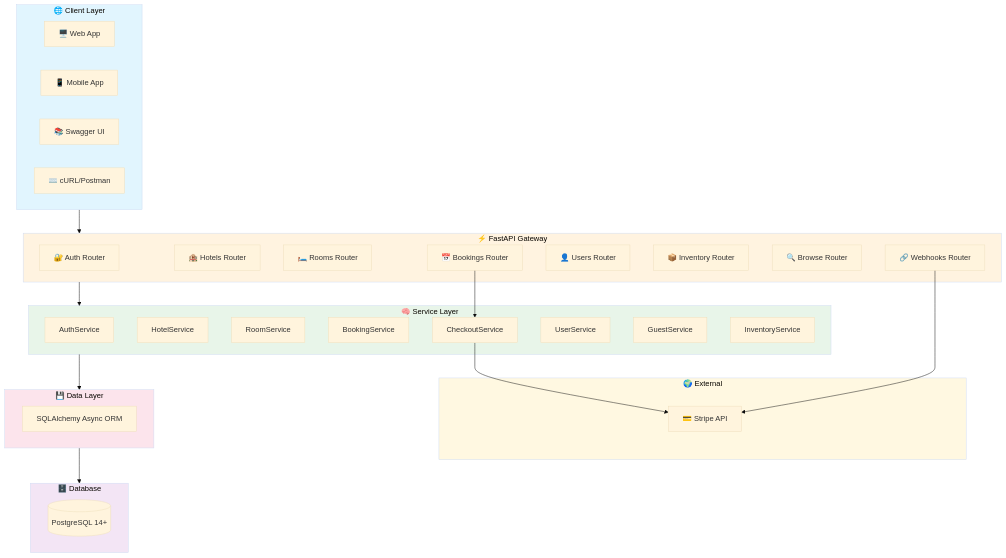
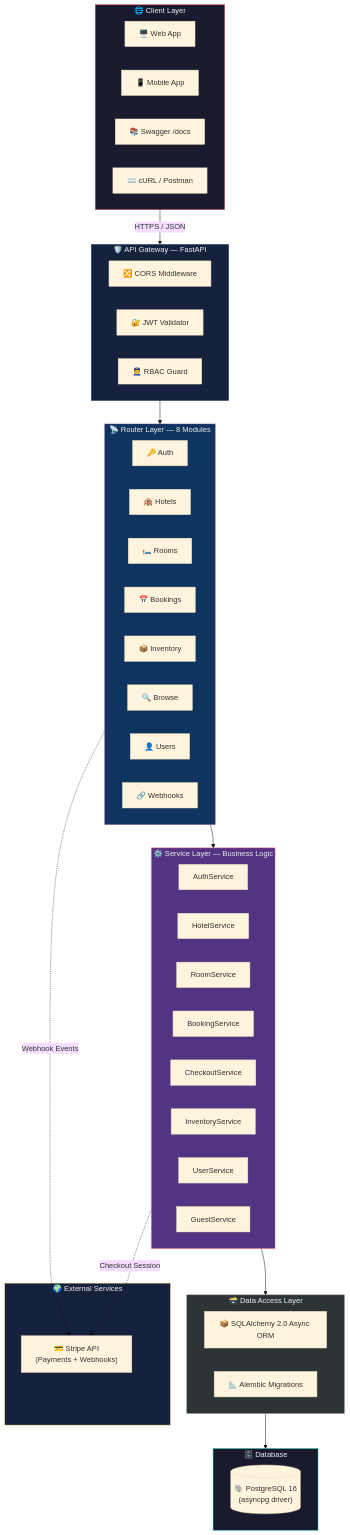
The first of 11 diagrams in docs/HLD.md (pankajshakya627/Airbnb), drawn with Mermaid (base theme) before and after one commit. The commit also changed other lines of this file, not shown here.

````diff
--- a/docs/HLD.md
+++ b/docs/HLD.md
@@ -95,57 +106,70 @@
 ```mermaid
 flowchart TB
-    subgraph CLIENTS["🌐 Client Layer"]
-        WEB["🖥️ Web App"]
-        MOBILE["📱 Mobile App"]
-        SWAGGER["📚 Swagger UI"]
-        CURL["⌨️ cURL/Postman"]
+    subgraph CL["🌐 Client Layer"]
+        direction LR
+        W["🖥️ Web App"]
+        M["📱 Mobile App"]
+        S["📚 Swagger /docs"]
+        C["⌨️ cURL / Postman"]
     end
 
-    subgraph API["⚡ FastAPI Gateway"]
-        AUTH["🔐 Auth Router"]
-        HOTELS["🏨 Hotels Router"]
-        ROOMS["🛏️ Rooms Router"]
-        BOOKINGS["📅 Bookings Router"]
-        USERS["👤 Users Router"]
-        INVENTORY["📦 Inventory Router"]
-        BROWSE["🔍 Browse Router"]
-        WEBHOOKS["🔗 Webhooks Router"]
+    subgraph GW["🛡️ API Gateway — FastAPI"]
+        direction LR
+        CORS["🔀 CORS Middleware"]
+        JWT["🔐 JWT Validator"]
+        RBAC["👮 RBAC Guard"]
     end
 
-    subgraph SERVICES["🧠 Service Layer"]
-        AUTH_SVC["AuthService"]
-        HOTEL_SVC["HotelService"]
-        ROOM_SVC["RoomService"]
-        BOOKING_SVC["BookingService"]
-        CHECKOUT_SVC["CheckoutService"]
-        USER_SVC["UserService"]
-        GUEST_SVC["GuestService"]
-        INV_SVC["InventoryService"]
+    subgraph RL["📡 Router Layer — 8 Modules"]
+        direction LR
+        R1["🔑 Auth"]
+        R2["🏨 Hotels"]
+        R3["🛏️ Rooms"]
+        R4["📅 Bookings"]
+        R5["📦 Inventory"]
+        R6["🔍 Browse"]
+        R7["👤 Users"]
+        R8["🔗 Webhooks"]
     end
 
-    subgraph DATA["💾 Data Layer"]
-        ORM["SQLAlchemy Async ORM"]
+    subgraph SL["⚙️ Service Layer — Business Logic"]
+        direction LR
+        S1["AuthService"]
+        S2["HotelService"]
+        S3["RoomService"]
+        S4["BookingService"]
+        S5["CheckoutService"]
+        S6["InventoryService"]
+        S7["UserService"]
+        S8["GuestService"]
+    end
+
+    subgraph DL["🗃️ Data Access Layer"]
+        ORM["📦 SQLAlchemy 2.0 Async ORM"]
+        AL["📐 Alembic Migrations"]
     end
 
     subgraph DB["🗄️ Database"]
-        POSTGRES[("PostgreSQL 14+")]
+        PG[("🐘 PostgreSQL 16\n(asyncpg driver)")]
     end
 
-    subgraph EXTERNAL["🌍 External"]
-        STRIPE["💳 Stripe API"]
+    subgraph EXT["🌍 External Services"]
+        STRIPE["💳 Stripe API\n(Payments + Webhooks)"]
     end
 
-    CLIENTS --> API
-    API --> SERVICES
-    SERVICES --> DATA
-    DATA --> DB
-    BOOKINGS --> CHECKOUT_SVC --> STRIPE
-    WEBHOOKS --> STRIPE
+    CL -->|HTTPS / JSON| GW
+    GW --> RL
+    RL --> SL
+    SL --> DL
+    DL --> DB
+    S5 -.->|Checkout Session| STRIPE
+    R8 -.->|Webhook Events| STRIPE
 
-    style CLIENTS fill:#e1f5fe
-    style API fill:#fff3e0
-    style SERVICES fill:#e8f5e9
-    style DATA fill:#fce4ec
-    style DB fill:#f3e5f5
-    style EXTERNAL fill:#fff8e1
+    style CL fill:#1a1a2e,stroke:#e94560,color:#eee
+    style GW fill:#16213e,stroke:#0f3460,color:#eee
+    style RL fill:#0f3460,stroke:#533483,color:#eee
+    style SL fill:#533483,stroke:#e94560,color:#eee
+    style DL fill:#2d3436,stroke:#636e72,color:#eee
+    style DB fill:#1a1a2e,stroke:#00b894,color:#eee
+    style EXT fill:#16213e,stroke:#fdcb6e,color:#eee
 ```
````
